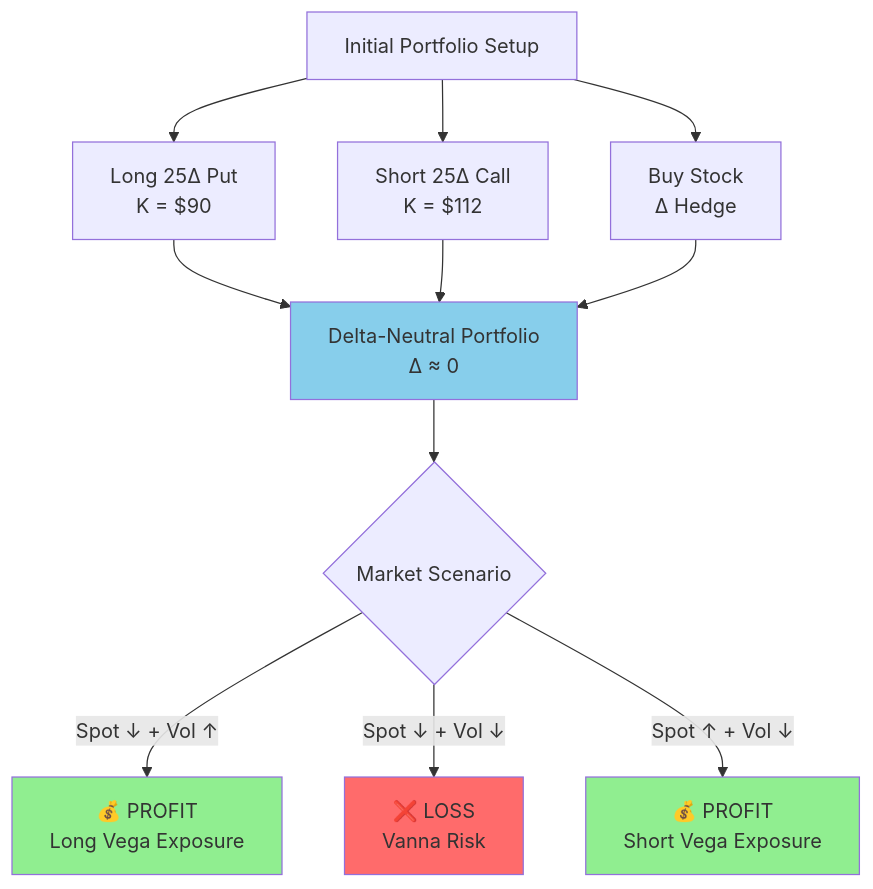
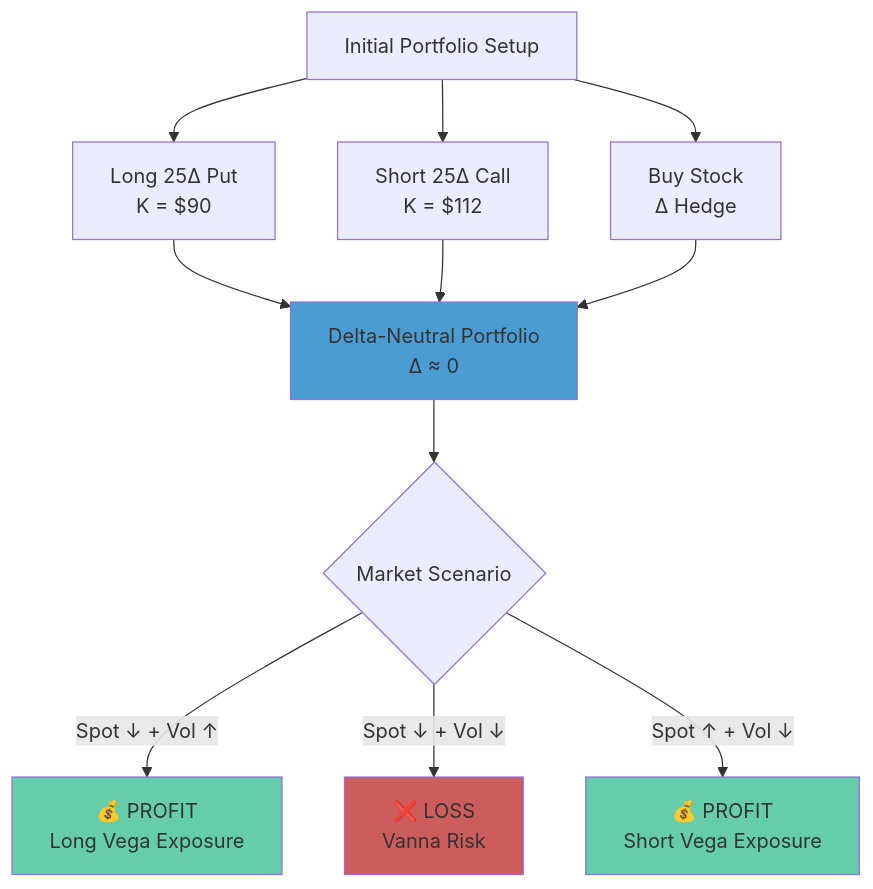
One commit to tripp-smith/benn_eifert_talks changed the fourth of 8 diagrams in README.md. Above: the diagram before and after it, drawn with Mermaid. The commit also changed other lines of this file, not shown here.

````diff
--- a/README.md
+++ b/README.md
@@ -98,21 +100,21 @@
 ```mermaid
 graph TB
-    Start[Initial Portfolio Setup] --> LongPut[Long 25Δ Put<br/>K = $90]
-    Start --> ShortCall[Short 25Δ Call<br/>K = $112]
-    Start --> DeltaHedge[Buy Stock<br/>Δ Hedge]
+    PortfolioSetup["Initial Portfolio Setup"] --> LongPutPosition["Long 25Δ Put<br/>K = $90"]
+    PortfolioSetup --> ShortCallPosition["Short 25Δ Call<br/>K = $112"]
+    PortfolioSetup --> DeltaHedgePosition["Buy Stock<br/>Δ Hedge"]
     
-    LongPut --> Portfolio[Delta-Neutral Portfolio<br/>Δ ≈ 0]
-    ShortCall --> Portfolio
-    DeltaHedge --> Portfolio
+    LongPutPosition --> DeltaNeutralPortfolio["Delta-Neutral Portfolio<br/>Δ ≈ 0"]
+    ShortCallPosition --> DeltaNeutralPortfolio
+    DeltaHedgePosition --> DeltaNeutralPortfolio
     
-    Portfolio --> ScenarioA{Market Scenario}
+    DeltaNeutralPortfolio --> MarketScenario{"Market Scenario"}
     
-    ScenarioA -->|Spot ↓ + Vol ↑| Profit[💰 PROFIT<br/>Long Vega Exposure]
-    ScenarioA -->|Spot ↓ + Vol ↓| Loss[❌ LOSS<br/>Vanna Risk]
-    ScenarioA -->|Spot ↑ + Vol ↓| Profit2[💰 PROFIT<br/>Short Vega Exposure]
+    MarketScenario -->|"Spot ↓ + Vol ↑"| ProfitScenario1["💰 PROFIT<br/>Long Vega Exposure"]
+    MarketScenario -->|"Spot ↓ + Vol ↓"| LossScenario["❌ LOSS<br/>Vanna Risk"]
+    MarketScenario -->|"Spot ↑ + Vol ↓"| ProfitScenario2["💰 PROFIT<br/>Short Vega Exposure"]
     
-    style Profit fill:#90ee90
-    style Profit2 fill:#90ee90
-    style Loss fill:#ff6b6b
-    style Portfolio fill:#87ceeb
+    style ProfitScenario1 fill:#66CDAA
+    style ProfitScenario2 fill:#66CDAA
+    style LossScenario fill:#CD5C5C
+    style DeltaNeutralPortfolio fill:#4B9CD3
 ```
````
